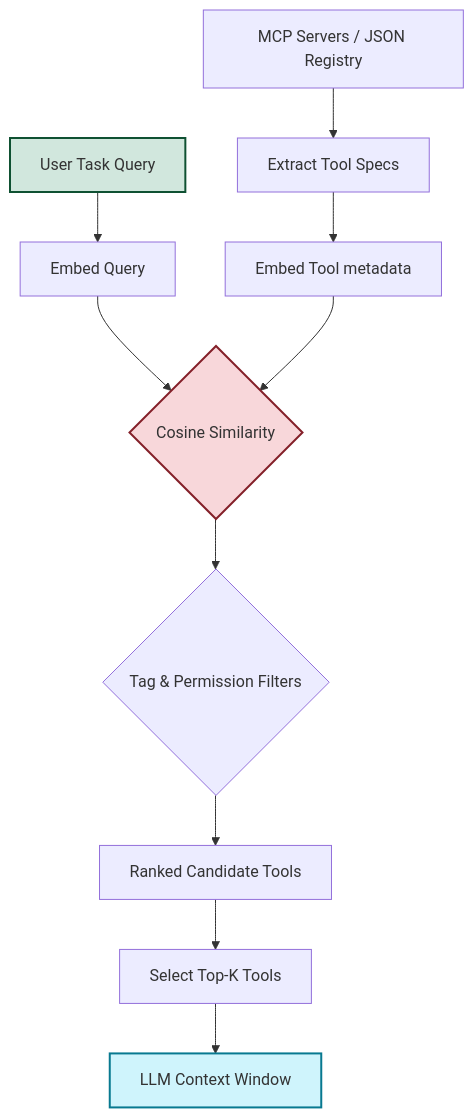
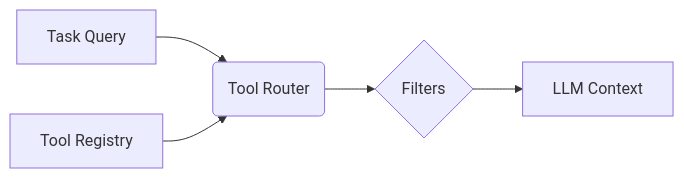
One commit to arunmm8335/semantic-tool-router changed the diagram in README.md. Above: the diagram before and after it, drawn with Mermaid.

Commit message:
Update README: Simplify Mermaid graph for better contrast and size

````diff
--- a/README.md
+++ b/README.md
@@ -16,16 +16,7 @@
 ```mermaid
-graph TD
-    Query[User Task Query] --> QueryEmbed[Embed Query]
-    Registry[MCP Servers / JSON Registry] --> ToolSpecs[Extract Tool Specs]
-    ToolSpecs --> EmbedTools[Embed Tool metadata]
-    QueryEmbed --> Routing{Cosine Similarity}
-    EmbedTools --> Routing
-    Routing --> Filters{Tag & Permission Filters}
-    Filters --> Ranked[Ranked Candidate Tools]
-    Ranked --> TopK[Select Top-K Tools]
-    TopK --> LLM[LLM Context Window]
-
-    style Query fill:#d1e7dd,stroke:#0f5132,stroke-width:2px
-    style LLM fill:#cff4fc,stroke:#087990,stroke-width:2px
-    style Routing fill:#f8d7da,stroke:#842029,stroke-width:2px
+graph LR
+    Query[Task Query] --> Router(Tool Router)
+    Registry[Tool Registry] --> Router
+    Router --> Filters{Filters}
+    Filters --> LLM[LLM Context]
 ```
````
